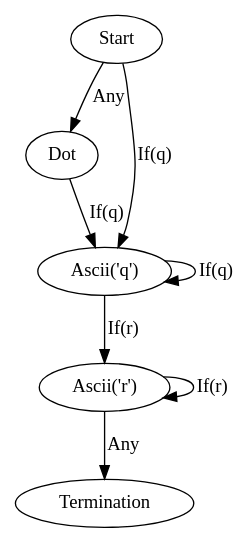
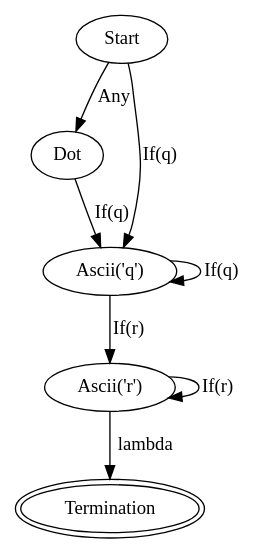
Before and after one commit to kerfmanner/Regex_FSM: the diagram in examples/pattern3.dot, drawn with Graphviz. The commit also changed 12 other files, not shown here.

```diff
--- a/examples/pattern3.dot
+++ b/examples/pattern3.dot
@@ -1,14 +1,14 @@
 digraph FSM {
 node0 [label="Start"];
 node0 -> node1 [label="Any"];
 node0 -> node2 [label="If(q)"];
 node1 [label="Dot"];
 node1 -> node2 [label="If(q)"];
 node2 [label="Ascii('q')"];
 node2 -> node2 [label="If(q)"];
 node2 -> node3 [label="If(r)"];
 node3 [label="Ascii('r')"];
 node3 -> node3 [label="If(r)"];
-node3 -> node4 [label="Any"];
-node4 [label="Termination"];
+node3 -> node4 [label="lambda"];
+node4 [label="Termination", peripheries=2];
 }
```
